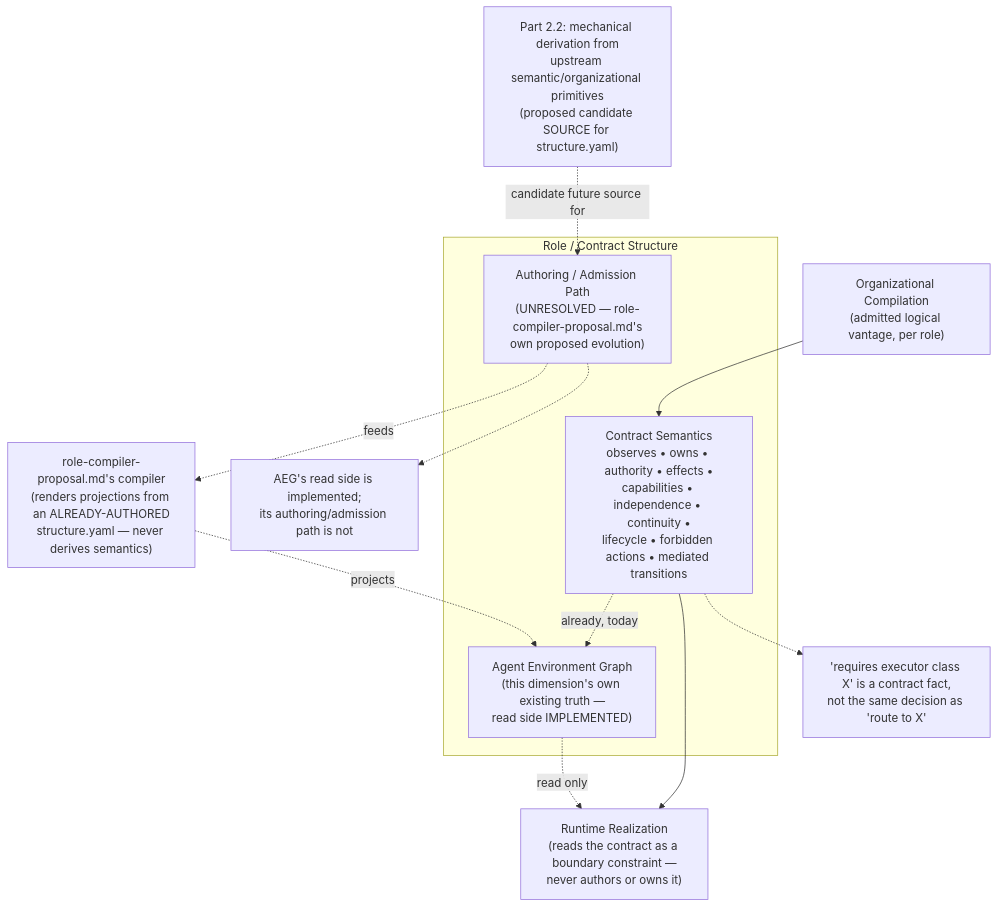
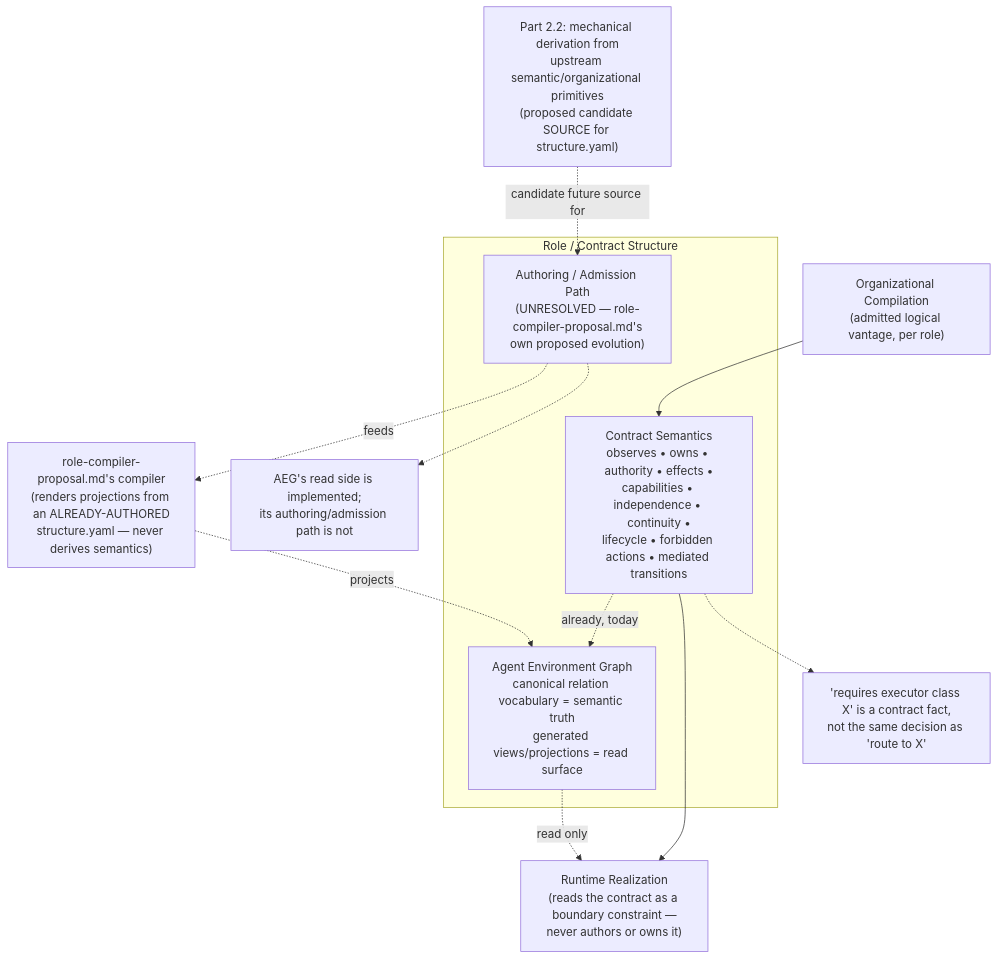
The diagram in app-server/docs/architecture/role-and-contract-structure.md (bline/work-engine), drawn with Mermaid before and after one commit. The commit also changed other lines of this file, not shown here.

First line of the commit message:
Fix two issues in role-and-contract-structure.md before the 7-dimension audit

````diff
--- a/app-server/docs/architecture/role-and-contract-structure.md
+++ b/app-server/docs/architecture/role-and-contract-structure.md
@@ -37,30 +37,30 @@
 ```mermaid
 flowchart TB
     ORG["Organizational Compilation<br/>(admitted logical vantage, per role)"]
 
     subgraph RCS["Role / Contract Structure"]
         SEM["Contract Semantics<br/>observes • owns • authority • effects •<br/>capabilities • independence • continuity •<br/>lifecycle • forbidden actions • mediated transitions"]
-        AEG["Agent Environment Graph<br/>(this dimension's own existing truth —<br/>read side IMPLEMENTED)"]
+        AEG["Agent Environment Graph<br/>canonical relation vocabulary = semantic truth<br/>generated views/projections = read surface"]
         AUTH["Authoring / Admission Path<br/>(UNRESOLVED — role-compiler-proposal.md's<br/>own proposed evolution)"]
     end
 
     P22["Part 2.2: mechanical derivation from<br/>upstream semantic/organizational primitives<br/>(proposed candidate SOURCE for structure.yaml)"]
 
     COMPILER["role-compiler-proposal.md's compiler<br/>(renders projections from an ALREADY-AUTHORED<br/>structure.yaml — never derives semantics)"]
 
     RUNTIME["Runtime Realization<br/>(reads the contract as a boundary constraint —<br/>never authors or owns it)"]
 
     ORG --> SEM
     SEM -.->|already, today| AEG
     P22 -.->|candidate future source for| AUTH
     AUTH -.->|feeds| COMPILER
     COMPILER -.->|projects| AEG
     SEM --> RUNTIME
     AEG -.->|read only| RUNTIME
 
     NOTE1["AEG's read side is implemented;<br/>its authoring/admission path is not"]
     NOTE2["'requires executor class X' is a contract fact,<br/>not the same decision as 'route to X'"]
 
     AUTH -.-> NOTE1
     SEM -.-> NOTE2
 ```
````
